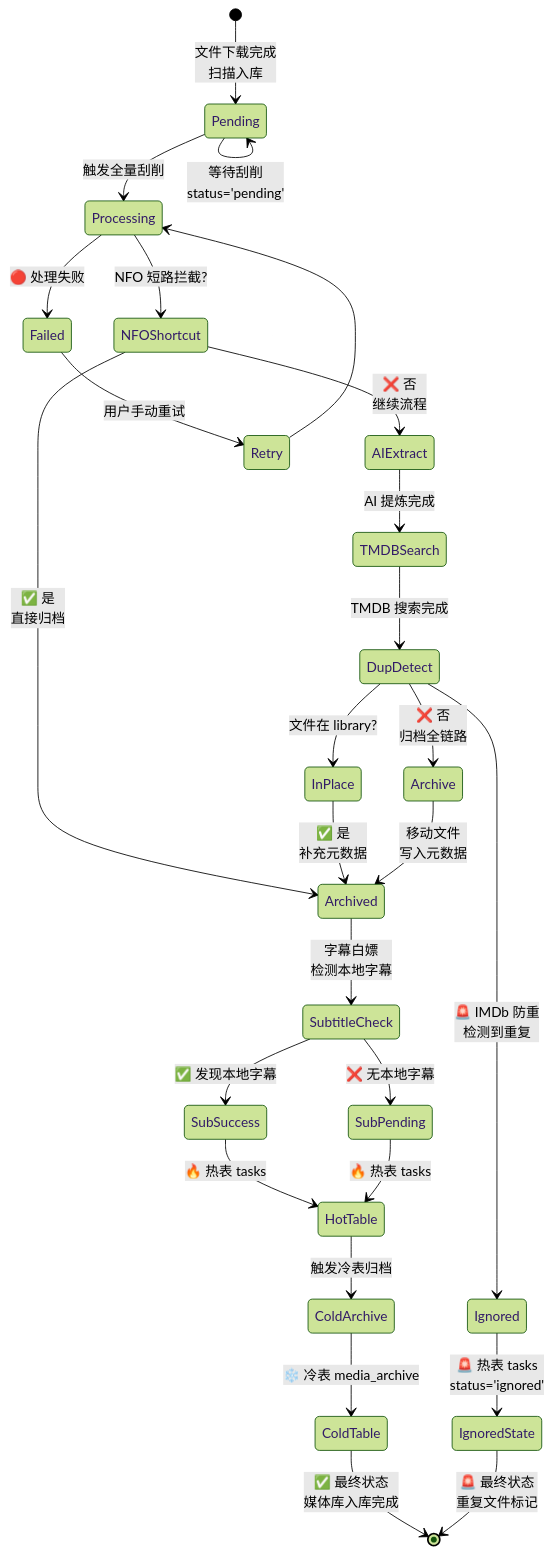
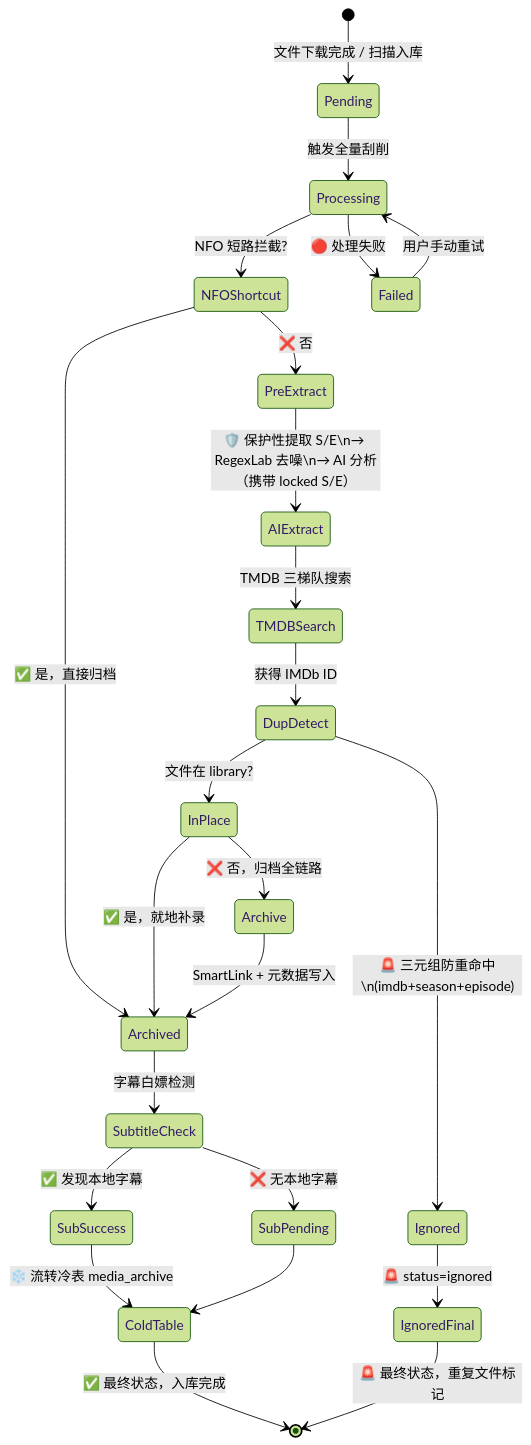
One commit to X1000QAQ/Neon-Crate changed the fifth of 6 diagrams in docs/01_架构设计/04_全栈逻辑交互拓扑蓝图.md. Above: the diagram before and after it, drawn with Mermaid (forest theme). The commit also changed other lines of this file and 58 other files, not shown here.

````diff
--- a/docs/01_架构设计/04_全栈逻辑交互拓扑蓝图.md
+++ b/docs/01_架构设计/04_全栈逻辑交互拓扑蓝图.md
@@ -127,44 +305,26 @@
 ```mermaid
 stateDiagram-v2
-    [*] --> Pending: 文件下载完成<br/>扫描入库
-    
-    Pending --> Pending: 等待刮削<br/>status='pending'
-    
+    [*] --> Pending: 文件下载完成 / 扫描入库
     Pending --> Processing: 触发全量刮削
-    
     Processing --> NFOShortcut: NFO 短路拦截?
-    NFOShortcut --> Archived: ✅ 是<br/>直接归档
-    NFOShortcut --> AIExtract: ❌ 否<br/>继续流程
-    
-    AIExtract --> TMDBSearch: AI 提炼完成
-    
-    TMDBSearch --> DupDetect: TMDB 搜索完成
-    
-    DupDetect --> Ignored: 🚨 IMDb 防重<br/>检测到重复
-    
+    NFOShortcut --> Archived: ✅ 是，直接归档
+    NFOShortcut --> PreExtract: ❌ 否
+    PreExtract --> AIExtract: 🛡️ 保护性提取 S/E\n→ RegexLab 去噪\n→ AI 分析（携带 locked S/E）
+    AIExtract --> TMDBSearch: TMDB 三梯队搜索
+    TMDBSearch --> DupDetect: 获得 IMDb ID
+    DupDetect --> Ignored: 🚨 三元组防重命中\n(imdb+season+episode)
     DupDetect --> InPlace: 文件在 library?
-    InPlace --> Archived: ✅ 是<br/>补充元数据
-    
-    DupDetect --> Archive: ❌ 否<br/>归档全链路
-    Archive --> Archived: 移动文件<br/>写入元数据
-    
-    Archived --> SubtitleCheck: 字幕白嫖<br/>检测本地字幕
+    InPlace --> Archived: ✅ 是，就地补录
+    InPlace --> Archive: ❌ 否，归档全链路
+    Archive --> Archived: SmartLink + 元数据写入
+    Archived --> SubtitleCheck: 字幕白嫖检测
     SubtitleCheck --> SubSuccess: ✅ 发现本地字幕
     SubtitleCheck --> SubPending: ❌ 无本地字幕
-    
-    SubSuccess --> HotTable: 🔥 热表 tasks
-    SubPending --> HotTable: 🔥 热表 tasks
-    
-    HotTable --> ColdArchive: 触发冷表归档
-    
-    ColdArchive --> ColdTable: ❄️ 冷表 media_archive
-    
-    Ignored --> IgnoredState: 🚨 热表 tasks<br/>status='ignored'
-    
+    SubSuccess --> ColdTable: ❄️ 流转冷表 media_archive
+    SubPending --> ColdTable
+    Ignored --> IgnoredFinal: 🚨 status=ignored
     Processing --> Failed: 🔴 处理失败
-    Failed --> Retry: 用户手动重试
-    Retry --> Processing
-    
-    ColdTable --> [*]: ✅ 最终状态<br/>媒体库入库完成
-    IgnoredState --> [*]: 🚨 最终状态<br/>重复文件标记
+    Failed --> Processing: 用户手动重试
+    ColdTable --> [*]: ✅ 最终状态，入库完成
+    IgnoredFinal --> [*]: 🚨 最终状态，重复文件标记
 ```
````
